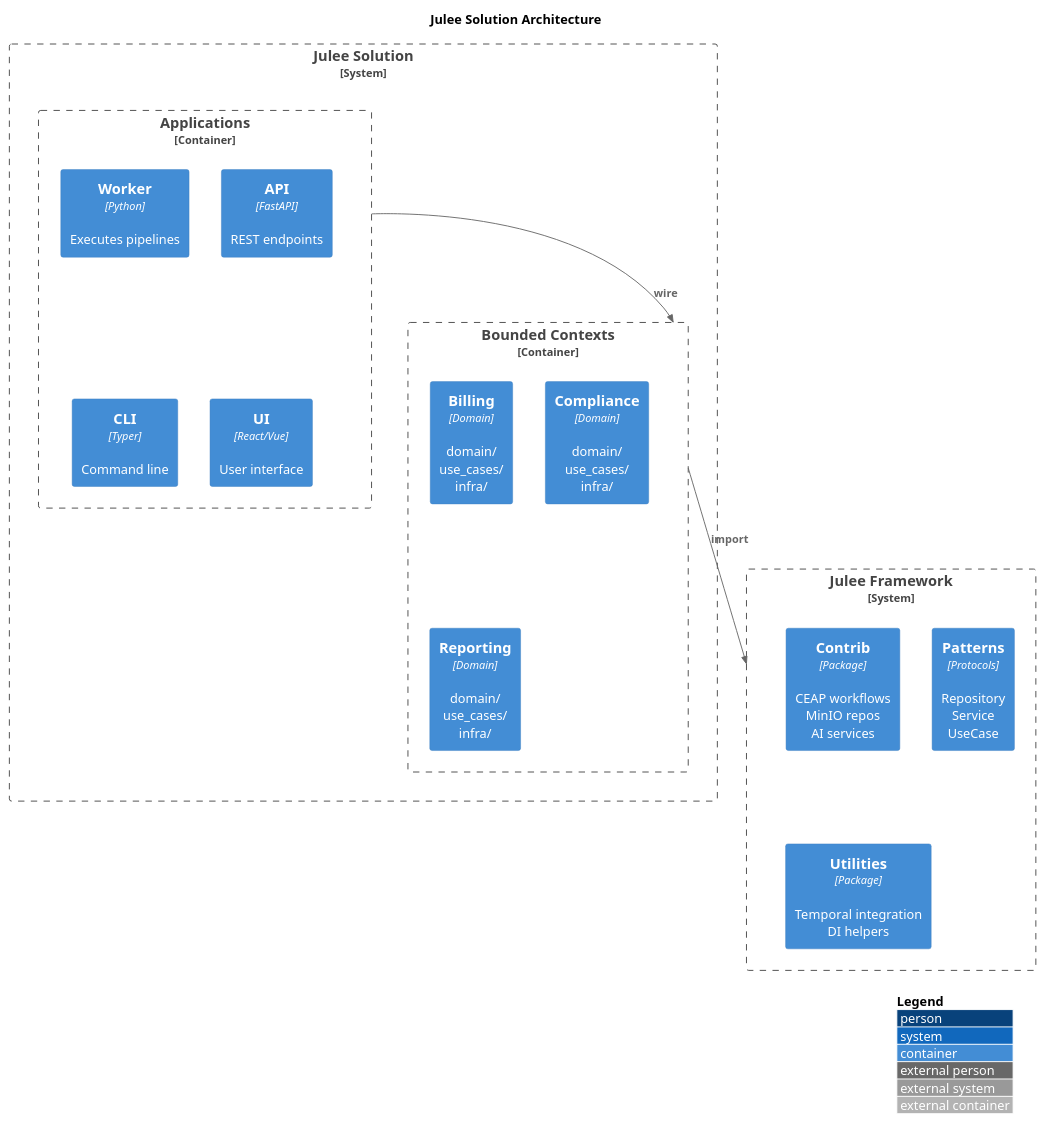
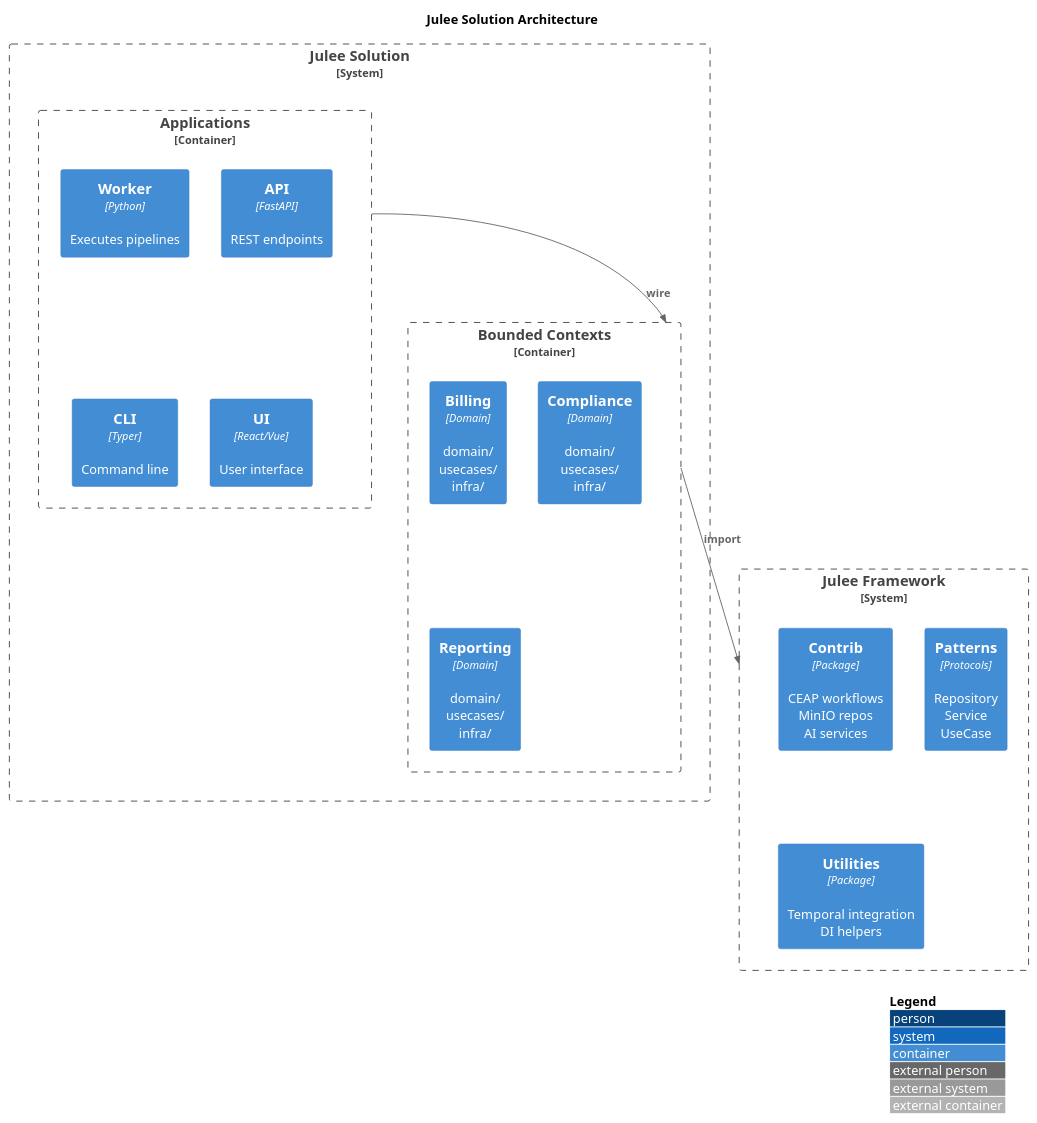
One commit to pyx-industries/julee changed the diagram in docs/architecture/diagrams/solution_architecture.puml. Above: the diagram before and after it, drawn with PlantUML. The commit also changed 63 other files, not shown here.

```diff
--- a/docs/architecture/diagrams/solution_architecture.puml
+++ b/docs/architecture/diagrams/solution_architecture.puml
@@ -1,33 +1,33 @@
 @startuml solution_architecture
 !include <C4/C4_Container>
 
 LAYOUT_TOP_DOWN()
 LAYOUT_WITH_LEGEND()
 
 title Julee Solution Architecture
 
 System_Boundary(solution, "Julee Solution") {
     Container_Boundary(apps, "Applications") {
         Container(worker, "Worker", "Python", "Executes pipelines")
         Container(api, "API", "FastAPI", "REST endpoints")
         Container(cli, "CLI", "Typer", "Command line")
         Container(ui, "UI", "React/Vue", "User interface")
     }
 
     Container_Boundary(contexts, "Bounded Contexts") {
-        Container(billing, "Billing", "Domain", "domain/\nuse_cases/\ninfra/")
-        Container(compliance, "Compliance", "Domain", "domain/\nuse_cases/\ninfra/")
-        Container(reporting, "Reporting", "Domain", "domain/\nuse_cases/\ninfra/")
+        Container(billing, "Billing", "Domain", "domain/\nusecases/\ninfra/")
+        Container(compliance, "Compliance", "Domain", "domain/\nusecases/\ninfra/")
+        Container(reporting, "Reporting", "Domain", "domain/\nusecases/\ninfra/")
     }
 }
 
 System_Boundary(framework, "Julee Framework") {
     Container(contrib, "Contrib", "Package", "CEAP workflows\nMinIO repos\nAI services")
     Container(patterns, "Patterns", "Protocols", "Repository\nService\nUseCase")
     Container(utilities, "Utilities", "Package", "Temporal integration\nDI helpers")
 }
 
 Rel(apps, contexts, "wire")
 Rel(contexts, framework, "import")
 
 @enduml
```
